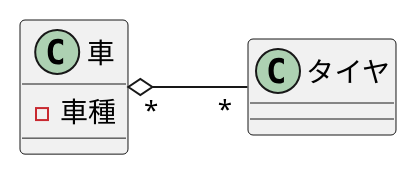
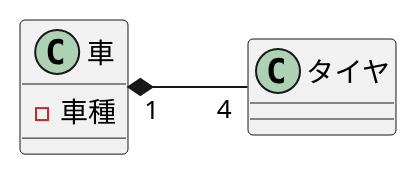
One commit to omorirenka/uml-introduction changed the diagram in 演習3-4_クラス図.pu. Above: the diagram before and after it, drawn with PlantUML.

Commit message:
演習3-4修正

```diff
--- a/演習3-4_クラス図.pu
+++ b/演習3-4_クラス図.pu
@@ -1,8 +1,8 @@
 @startuml
 left to right direction
 class 車{
 - 車種
 }
 class タイヤ{}
-車 "*" o--"*" タイヤ
+車 "1" *--"4" タイヤ
 @enduml
```
